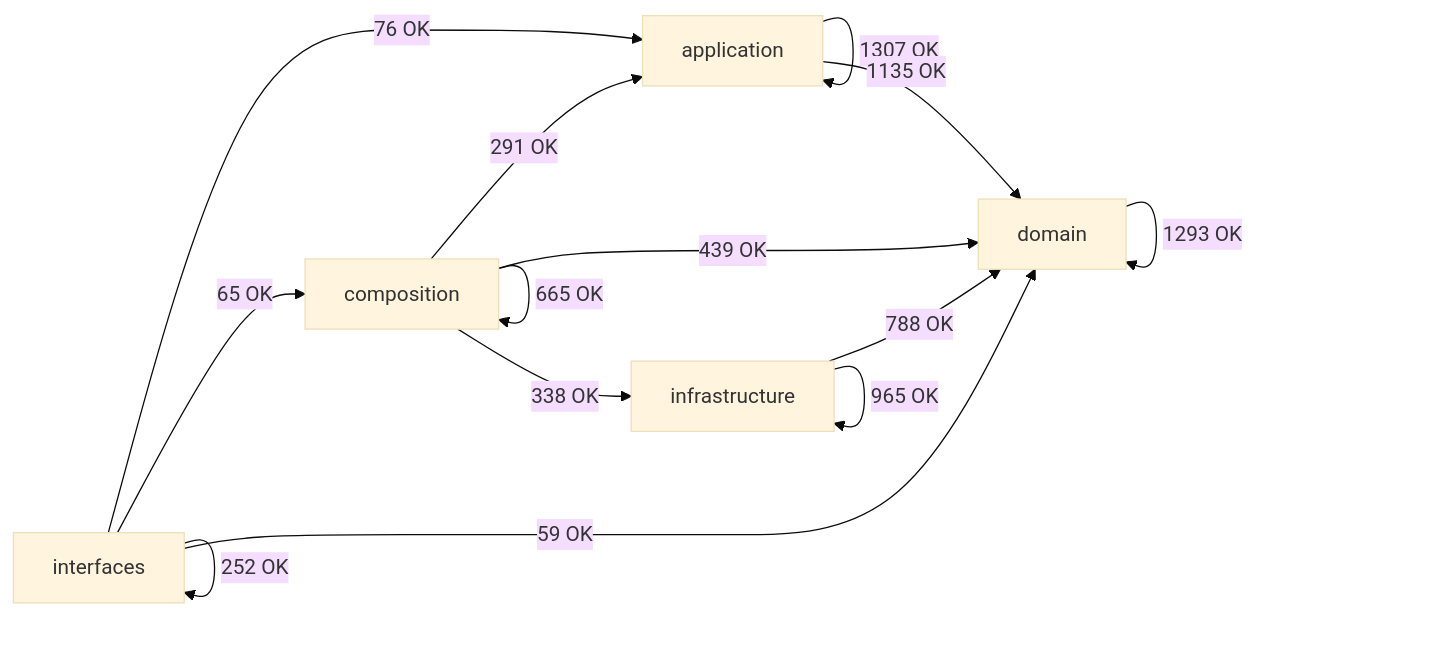
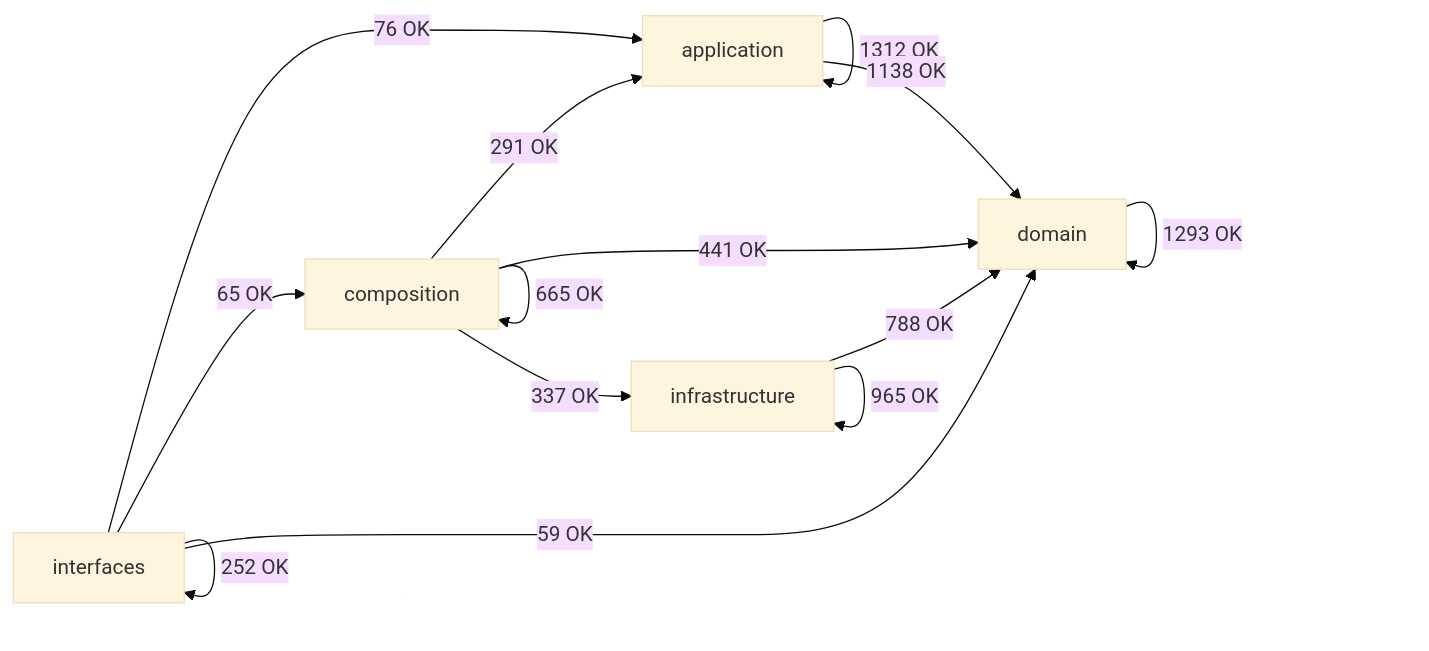
The diagram in docs/02-architecture/generated/module-dependency-map.md (SatoryKono/BioactivityDataAcquisition), drawn with Mermaid (base theme) before and after one commit. The commit also changed other lines of this file and 10 other files, not shown here.

````diff
--- a/docs/02-architecture/generated/module-dependency-map.md
+++ b/docs/02-architecture/generated/module-dependency-map.md
@@ -17,21 +17,21 @@
 ```mermaid
 flowchart LR
     domain[domain]
     application[application]
     infrastructure[infrastructure]
     composition[composition]
     interfaces[interfaces]
-    application -->|1307 OK| application
-    application -->|1135 OK| domain
+    application -->|1312 OK| application
+    application -->|1138 OK| domain
     composition -->|291 OK| application
     composition -->|665 OK| composition
-    composition -->|439 OK| domain
-    composition -->|338 OK| infrastructure
+    composition -->|441 OK| domain
+    composition -->|337 OK| infrastructure
     domain -->|1293 OK| domain
     infrastructure -->|788 OK| domain
     infrastructure -->|965 OK| infrastructure
     interfaces -->|76 OK| application
     interfaces -->|65 OK| composition
     interfaces -->|59 OK| domain
     interfaces -->|252 OK| interfaces
 ```
````
